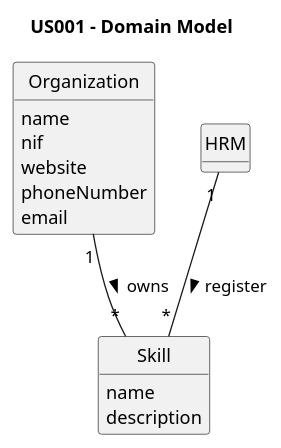
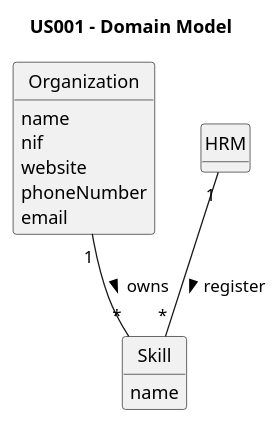
One commit to Rui-San/LAPR2_2023_2024 changed the diagram in docs/sprintA/us001/02.analysis/puml/us001-domain-model.puml. Above: the diagram before and after it, drawn with PlantUML.

Commit message:
US001: Update domain model, class skill and created a new svg

```diff
--- a/docs/sprintA/us001/02.analysis/puml/us001-domain-model.puml
+++ b/docs/sprintA/us001/02.analysis/puml/us001-domain-model.puml
@@ -1,33 +1,33 @@
 @startuml
 skinparam monochrome true
 skinparam packageStyle rectangle
 skinparam shadowing false
 'left to right direction
 skinparam classAttributeIconSize 0
 
 hide circle
 hide methods
 
 title US001 - Domain Model
 
 class Organization {
     name
     nif
     website
     phoneNumber
     email
 }
 
 class Skill{
     name
-    description
+
 }
 
 class HRM{
 
 }
 
 Organization "1" -- "*" Skill : "owns >"
 HRM "1" -- "*" Skill : "register >"
 
 @enduml
```
